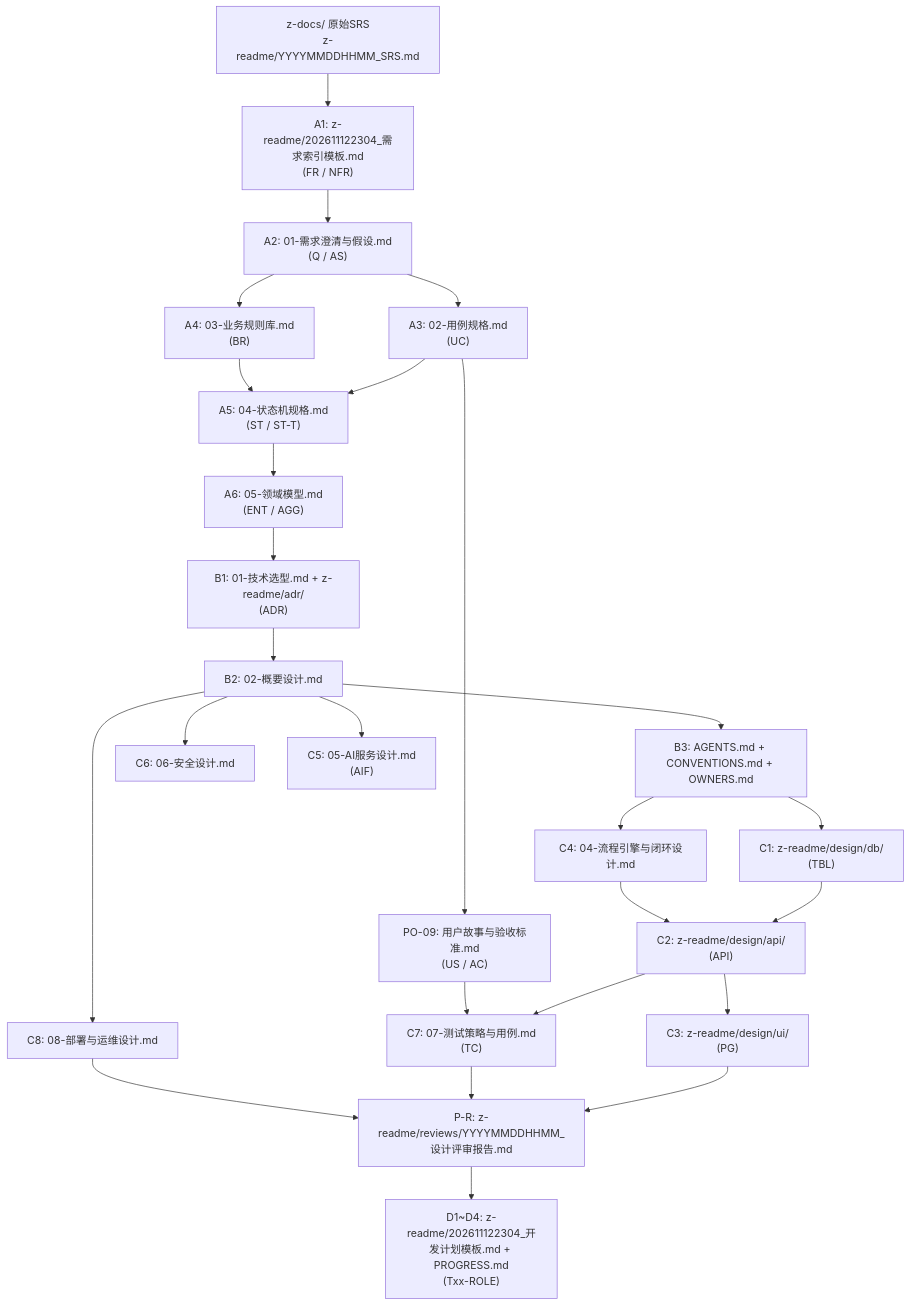
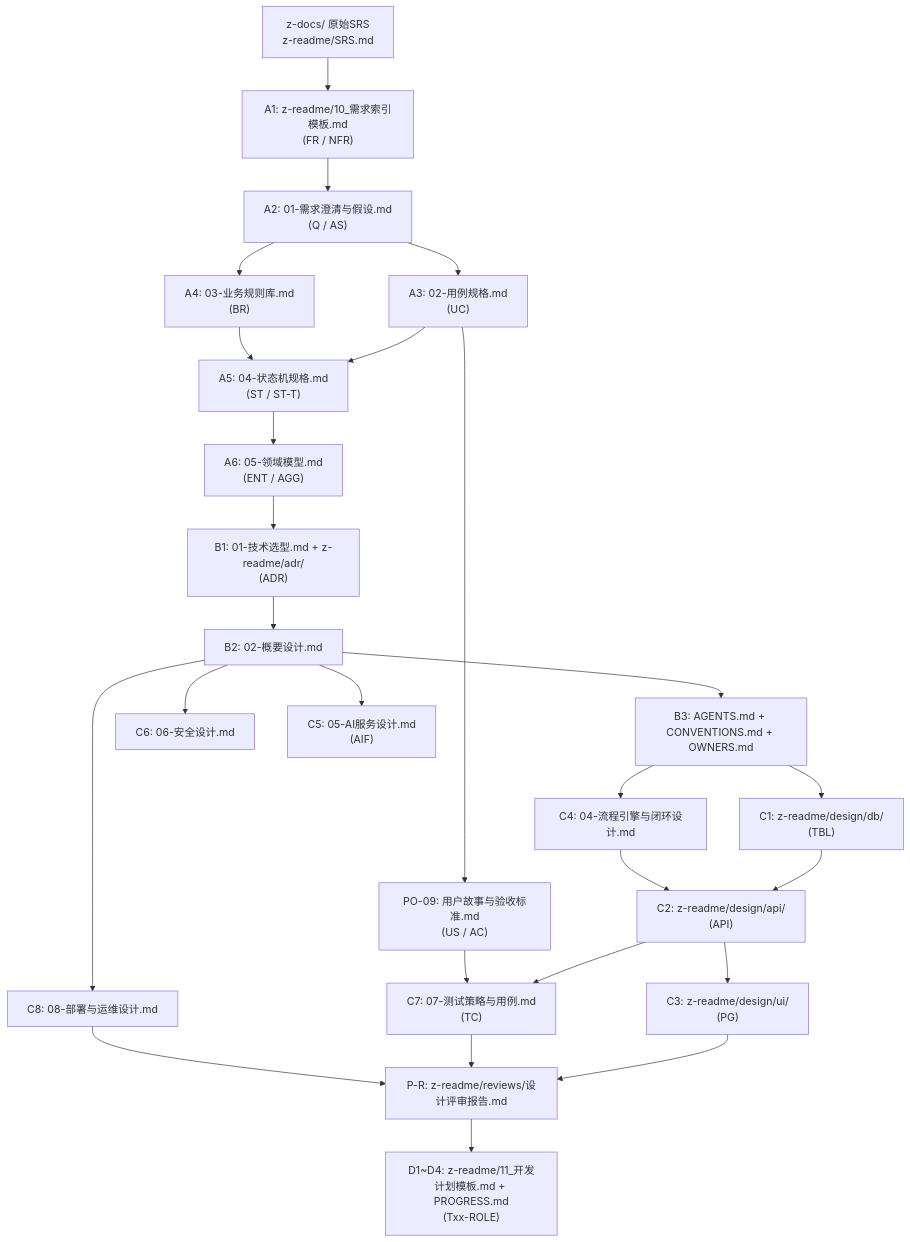
The diagram in _templete_project_team/z-readme/01_大项目全技术规范与架构文档内容规范.md (rainth888/tech-analysis), drawn with Mermaid before and after one commit. The commit also changed other lines of this file and 58 other files, not shown here.

````diff
--- a/_templete_project_team/z-readme/01_大项目全技术规范与架构文档内容规范.md
+++ b/_templete_project_team/z-readme/01_大项目全技术规范与架构文档内容规范.md
@@ -14,28 +14,28 @@
 ```mermaid
 flowchart TD
-    SRS["z-docs/ 原始SRS<br/>z-readme/YYYYMMDDHHMM_SRS.md"] --> IDX["A1: z-readme/202611122304_需求索引模板.md<br/>(FR / NFR)"]
+    SRS["z-docs/ 原始SRS<br/>z-readme/SRS.md"] --> IDX["A1: z-readme/10_需求索引模板.md<br/>(FR / NFR)"]
     IDX --> CLR["A2: 01-需求澄清与假设.md<br/>(Q / AS)"]
     CLR --> UC["A3: 02-用例规格.md<br/>(UC)"]
     CLR --> BR["A4: 03-业务规则库.md<br/>(BR)"]
     UC --> ST["A5: 04-状态机规格.md<br/>(ST / ST-T)"]
     BR --> ST
     ST --> ENT["A6: 05-领域模型.md<br/>(ENT / AGG)"]
     ENT --> ADR["B1: 01-技术选型.md + z-readme/adr/<br/>(ADR)"]
     ADR --> ARCH["B2: 02-概要设计.md"]
     ARCH --> CONV["B3: AGENTS.md + CONVENTIONS.md + OWNERS.md"]
     CONV --> DB["C1: z-readme/design/db/<br/>(TBL)"]
     CONV --> FLOW["C4: 04-流程引擎与闭环设计.md"]
     DB --> API["C2: z-readme/design/api/<br/>(API)"]
     FLOW --> API
     API --> UI["C3: z-readme/design/ui/<br/>(PG)"]
     UC --> AC["PO-09: 用户故事与验收标准.md<br/>(US / AC)"]
     API --> TC["C7: 07-测试策略与用例.md<br/>(TC)"]
     AC --> TC
     ARCH --> OPS["C8: 08-部署与运维设计.md"]
     ARCH --> SEC["C6: 06-安全设计.md"]
     ARCH --> AID["C5: 05-AI服务设计.md<br/>(AIF)"]
-    UI --> GATE["P-R: z-readme/reviews/YYYYMMDDHHMM_设计评审报告.md"]
+    UI --> GATE["P-R: z-readme/reviews/设计评审报告.md"]
     TC --> GATE
     OPS --> GATE
-    GATE --> PLAN["D1~D4: z-readme/202611122304_开发计划模板.md + PROGRESS.md<br/>(Txx-ROLE)"]
+    GATE --> PLAN["D1~D4: z-readme/11_开发计划模板.md + PROGRESS.md<br/>(Txx-ROLE)"]
 ```
````
